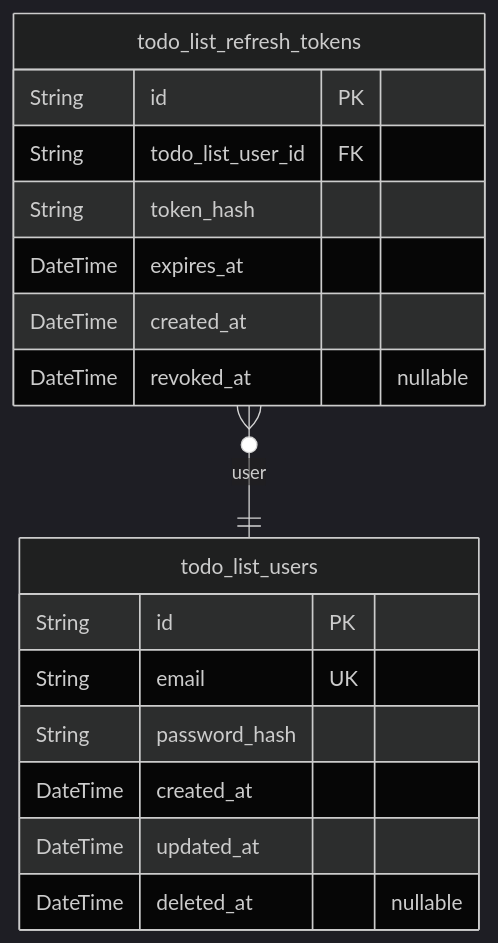
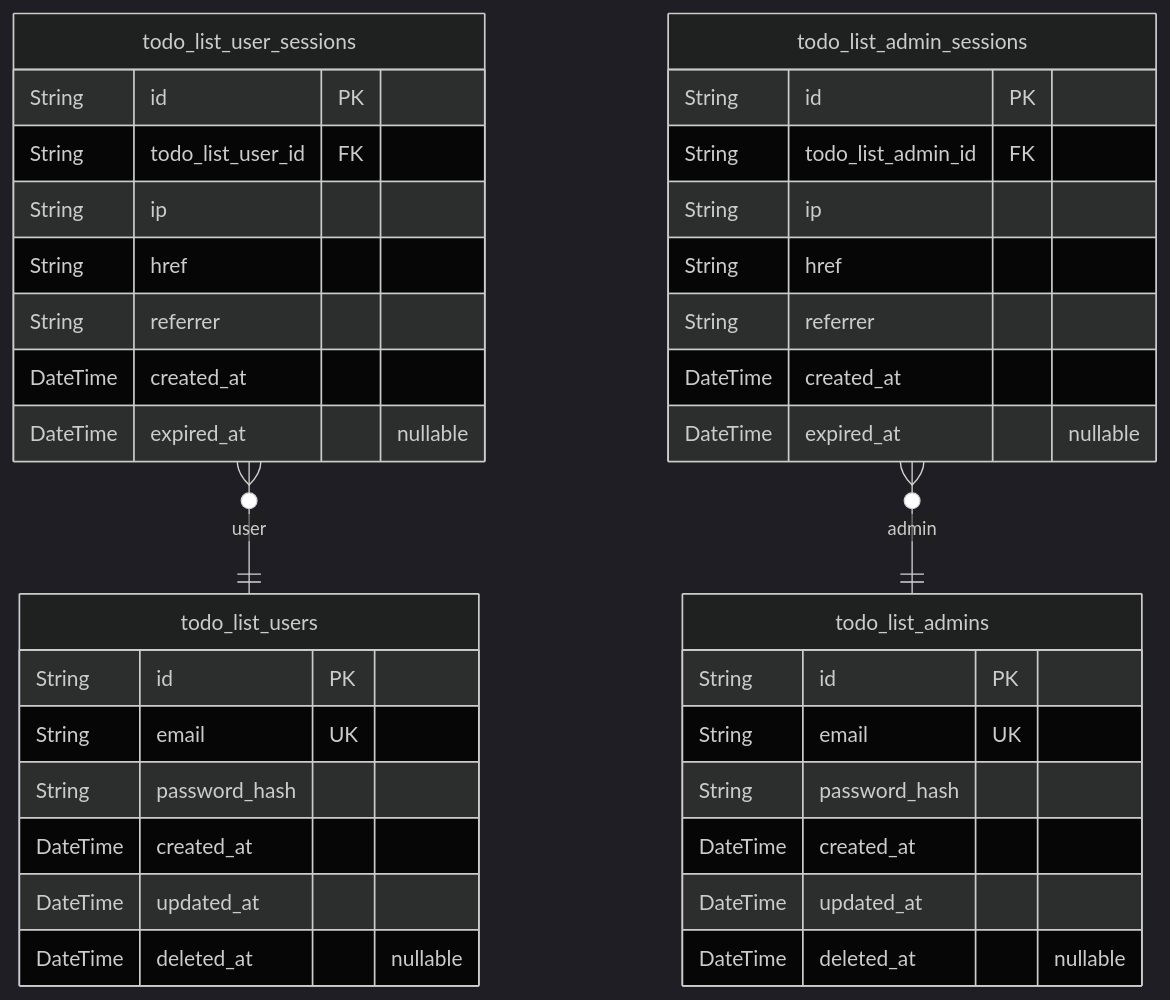
Before and after one commit to wrtnlabs/autobe-examples: the first of 2 diagrams in anthropic/claude-sonnet-4.5/todo/docs/ERD.md, drawn with Mermaid (dark theme). The commit also changed other lines of this file and 16146 other files, not shown here.

````diff
--- a/anthropic/claude-sonnet-4.5/todo/docs/ERD.md
+++ b/anthropic/claude-sonnet-4.5/todo/docs/ERD.md
@@ -10,20 +10,39 @@
 ```mermaid
 erDiagram
 "todo_list_users" {
   String id PK
   String email UK
   String password_hash
   DateTime created_at
   DateTime updated_at
   DateTime deleted_at "nullable"
 }
-"todo_list_refresh_tokens" {
+"todo_list_user_sessions" {
   String id PK
   String todo_list_user_id FK
-  String token_hash
-  DateTime expires_at
+  String ip
+  String href
+  String referrer
   DateTime created_at
-  DateTime revoked_at "nullable"
+  DateTime expired_at "nullable"
 }
-"todo_list_refresh_tokens" }o--|| "todo_list_users" : user
+"todo_list_admins" {
+  String id PK
+  String email UK
+  String password_hash
+  DateTime created_at
+  DateTime updated_at
+  DateTime deleted_at "nullable"
+}
+"todo_list_admin_sessions" {
+  String id PK
+  String todo_list_admin_id FK
+  String ip
+  String href
+  String referrer
+  DateTime created_at
+  DateTime expired_at "nullable"
+}
+"todo_list_user_sessions" }o--|| "todo_list_users" : user
+"todo_list_admin_sessions" }o--|| "todo_list_admins" : admin
 ```
````
